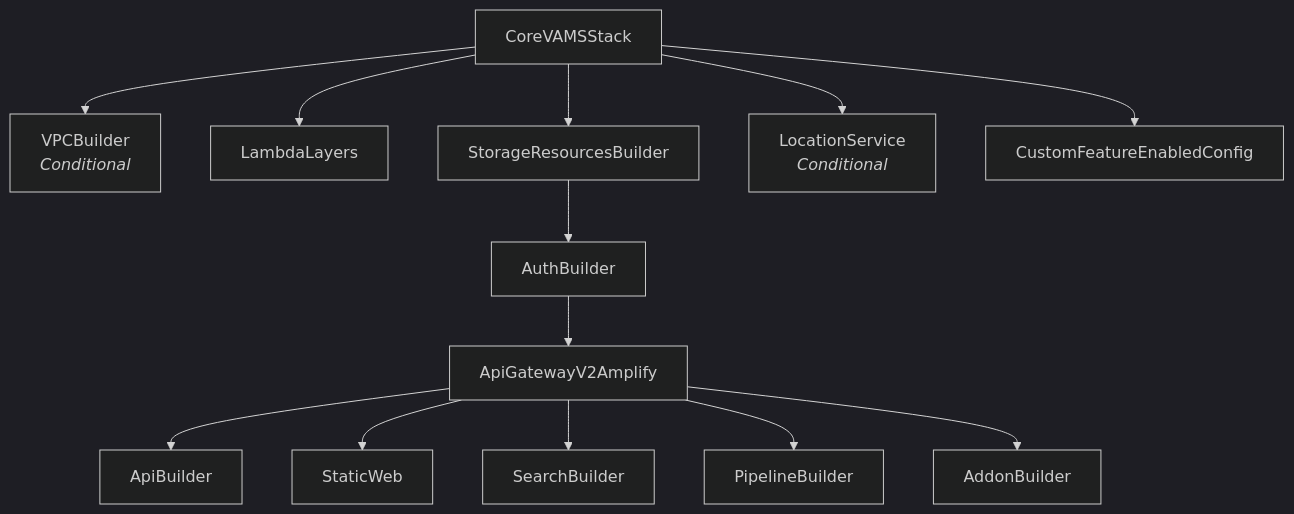
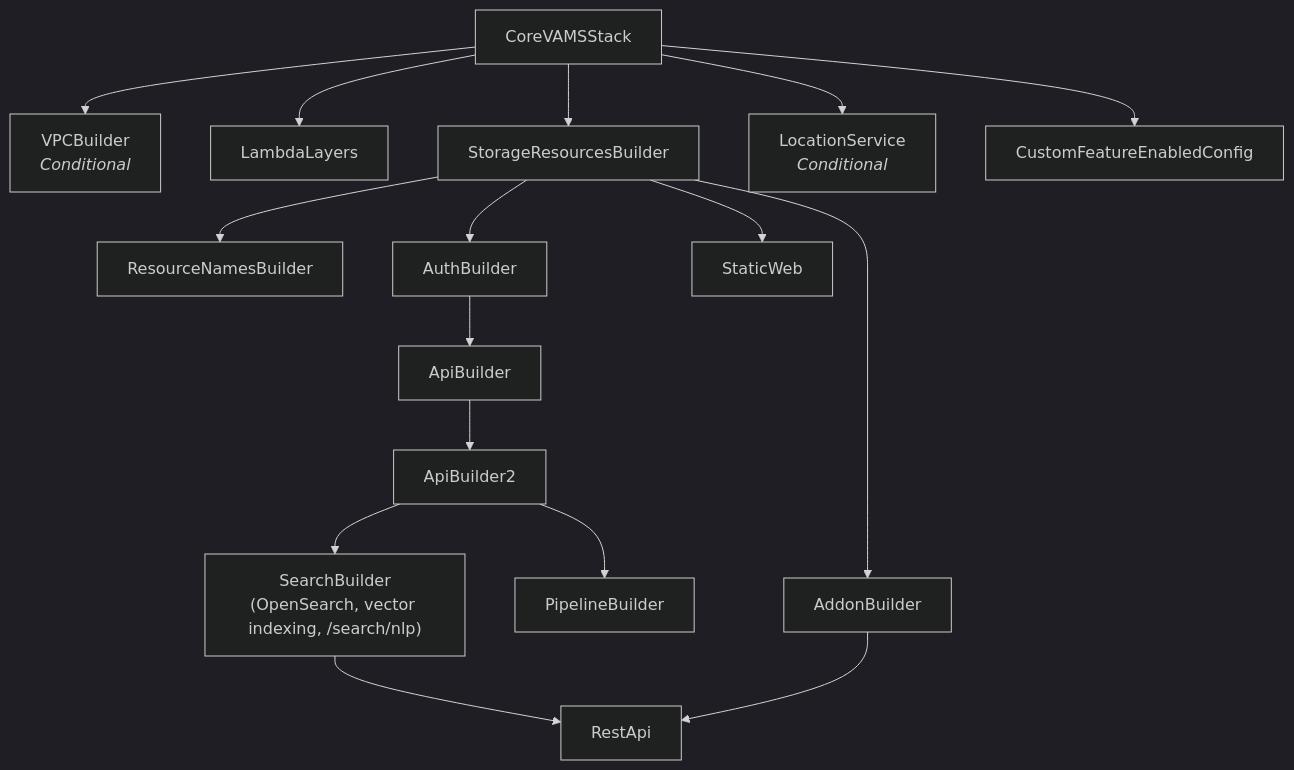
One commit to awslabs/visual-asset-management-system changed the sixth of 6 diagrams in documentation/docusaurus-site/docs/architecture/details.md. Above: the diagram before and after it, drawn with Mermaid (dark theme). The commit also changed other lines of this file and 60 other files, not shown here.

````diff
--- a/documentation/docusaurus-site/docs/architecture/details.md
+++ b/documentation/docusaurus-site/docs/architecture/details.md
@@ -293,21 +319,23 @@
 ```mermaid
 graph TD
     Core["CoreVAMSStack"]
 
     Core --> VPC["VPCBuilder<br/><i>Conditional</i>"]
     Core --> LL["LambdaLayers"]
     Core --> SRB["StorageResourcesBuilder"]
 
+    SRB --> RNB["ResourceNamesBuilder"]
     SRB --> AB["AuthBuilder"]
 
-    AB --> APIGW["ApiGatewayV2Amplify"]
-
-    APIGW --> APIBuild["ApiBuilder"]
-    APIGW --> SW["StaticWeb"]
-    APIGW --> SearchB["SearchBuilder"]
-    APIGW --> PB["PipelineBuilder"]
-    APIGW --> Addon["AddonBuilder"]
+    AB --> APIBuild["ApiBuilder"]
+    APIBuild --> APIBuild2["ApiBuilder2"]
+    APIBuild2 --> SearchB["SearchBuilder<br/>(OpenSearch, vector indexing, /search/nlp)"]
+    APIBuild2 --> PB["PipelineBuilder"]
+    SRB --> Addon["AddonBuilder"]
+    SearchB --> RestApi["RestApi"]
+    Addon --> RestApi
+    SRB --> SW["StaticWeb"]
 
     Core --> LS["LocationService<br/><i>Conditional</i>"]
     Core --> FE["CustomFeatureEnabledConfig"]
 ```
````
